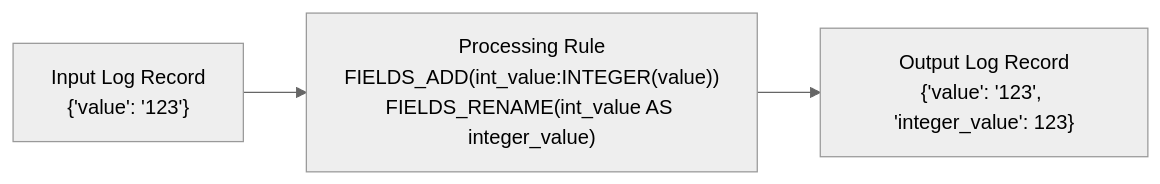
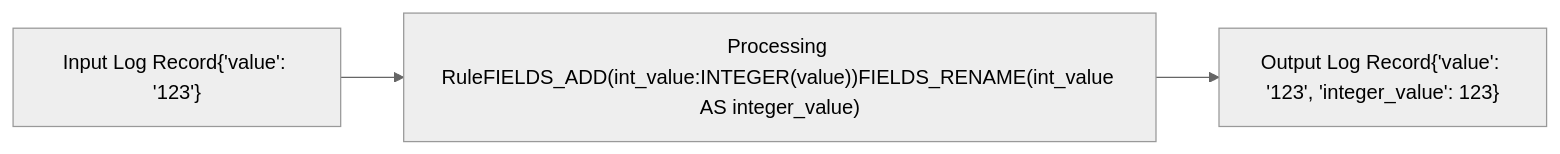
The ninth of 18 diagrams in app/courses/01-log-monitoring/sections/05-create-log-processing-rules/content.md (Marc-Nueno-Montolio/EC_onsite), drawn with Mermaid (neutral theme) before and after one commit. The commit also changed other lines of this file and 7 other files, not shown here.

````diff
--- a/app/courses/01-log-monitoring/sections/05-create-log-processing-rules/content.md
+++ b/app/courses/01-log-monitoring/sections/05-create-log-processing-rules/content.md
@@ -131,7 +137,7 @@
-	```mermaid
-	graph LR
-	    id1["Input Log Record<br>{'value': '123'}"] -->
-	    id2["Processing Rule<br>FIELDS_ADD(int_value:INTEGER(value))<br>FIELDS_RENAME(int_value AS integer_value)"] -->
-	    id3["Output Log Record<br>{'value': '123', 'integer_value': 123}"]
-	
-	```
+```mermaid
+graph LR
+	id1["Input Log Record{'value': '123'}"] -->
+	id2["Processing RuleFIELDS_ADD(int_value:INTEGER(value))FIELDS_RENAME(int_value AS integer_value)"] -->
+	id3["Output Log Record{'value': '123', 'integer_value': 123}"]
+
+```
````
